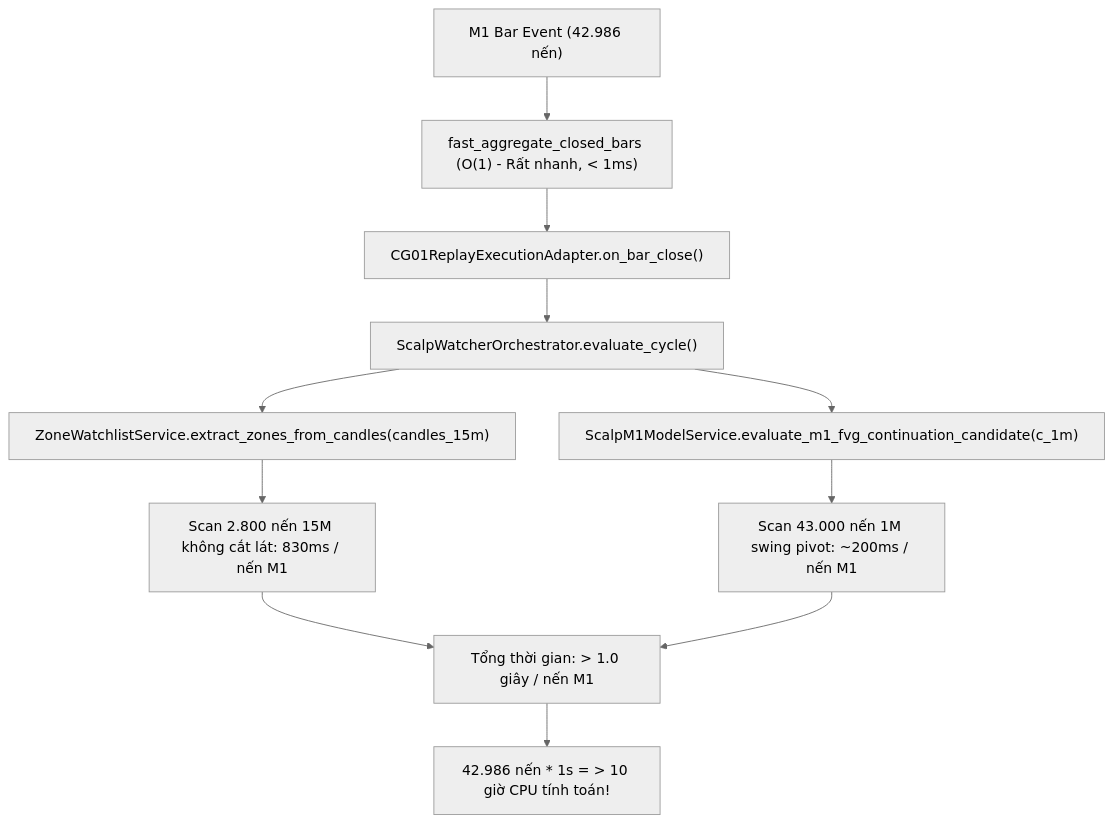
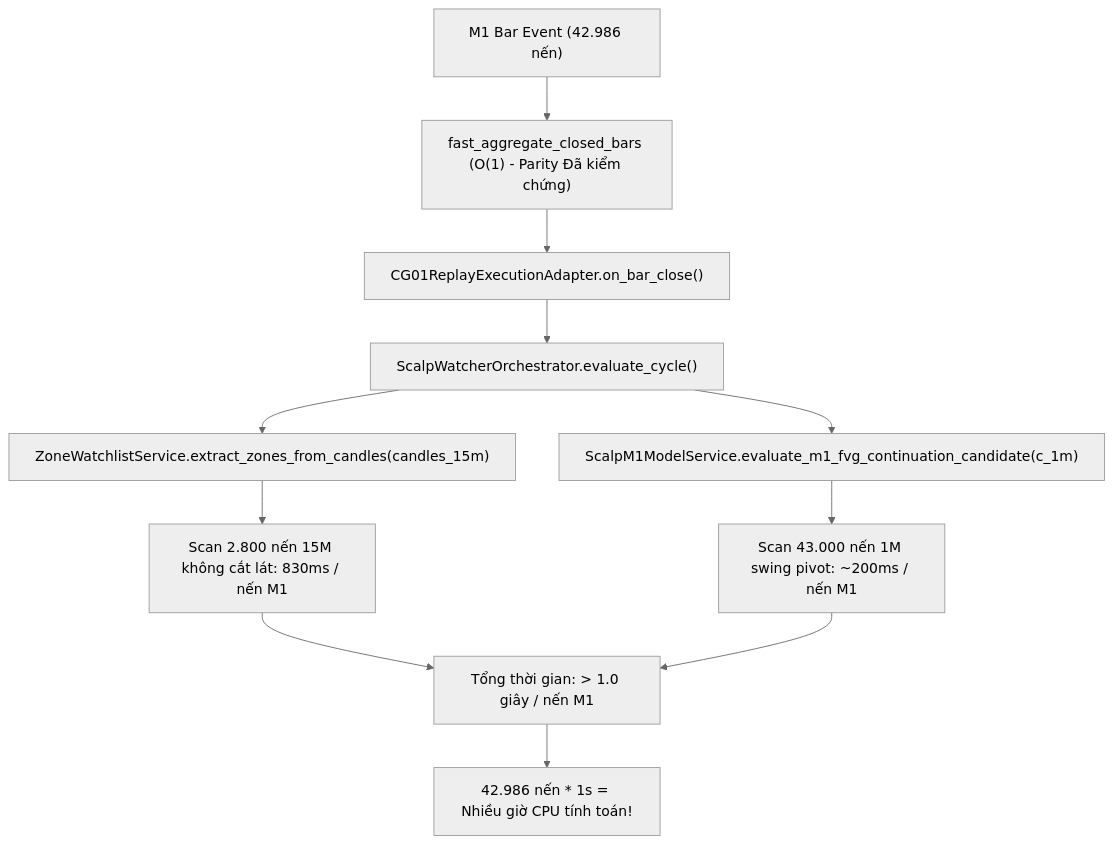
The diagram in aurum-desk/CG01_V16_27_BASELINE_PERFORMANCE_REPORT.md (quocan050302/Build-app-crypto), drawn with Mermaid (neutral theme) before and after one commit. The commit also changed other lines of this file and 6 other files, not shown here.

````diff
--- a/aurum-desk/CG01_V16_27_BASELINE_PERFORMANCE_REPORT.md
+++ b/aurum-desk/CG01_V16_27_BASELINE_PERFORMANCE_REPORT.md
@@ -70,13 +80,13 @@
 ```mermaid
 flowchart TD
-    A["M1 Bar Event (42.986 nến)"] --> B["fast_aggregate_closed_bars (O(1) - Rất nhanh, < 1ms)"]
+    A["M1 Bar Event (42.986 nến)"] --> B["fast_aggregate_closed_bars (O(1) - Parity Đã kiểm chứng)"]
     B --> C["CG01ReplayExecutionAdapter.on_bar_close()"]
     C --> D["ScalpWatcherOrchestrator.evaluate_cycle()"]
     D --> E["ZoneWatchlistService.extract_zones_from_candles(candles_15m)"]
     D --> F["ScalpM1ModelService.evaluate_m1_fvg_continuation_candidate(c_1m)"]
     E --> G["Scan 2.800 nến 15M không cắt lát: 830ms / nến M1"]
     F --> H["Scan 43.000 nến 1M swing pivot: ~200ms / nến M1"]
     G --> I["Tổng thời gian: > 1.0 giây / nến M1"]
     H --> I
-    I --> J["42.986 nến * 1s = > 10 giờ CPU tính toán!"]
+    I --> J["42.986 nến * 1s = Nhiều giờ CPU tính toán!"]
 ```
````
